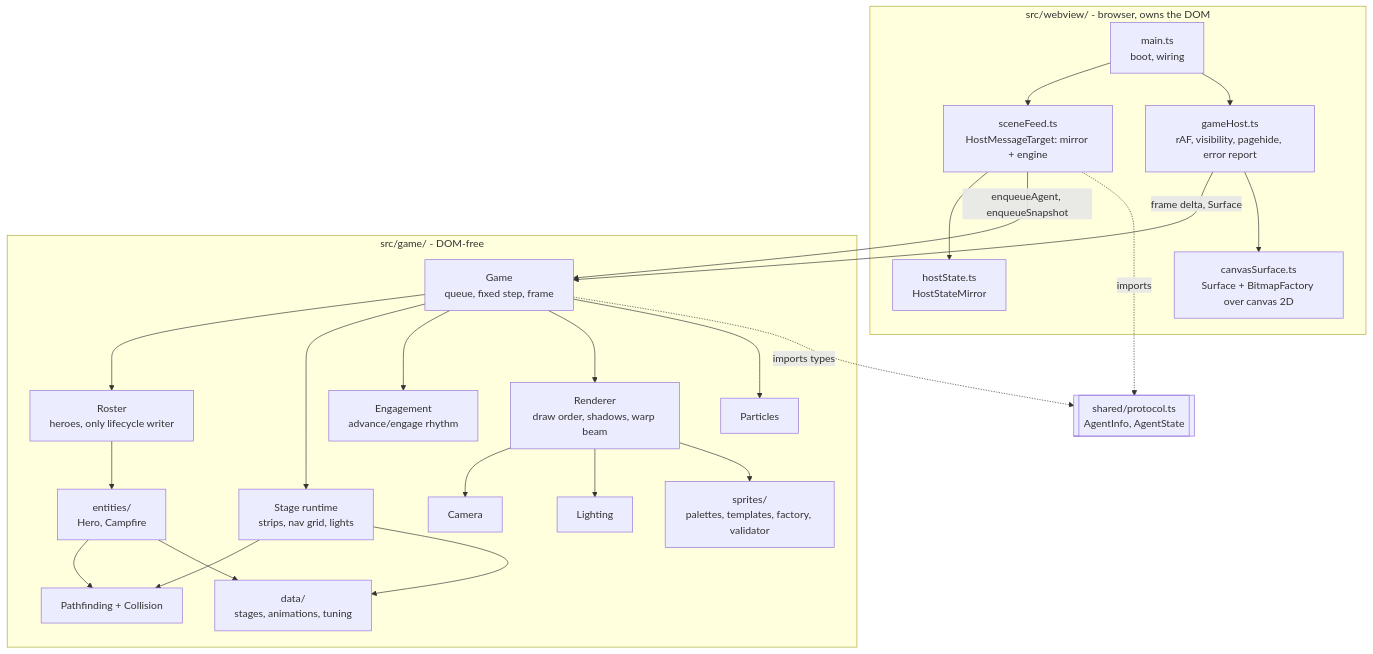
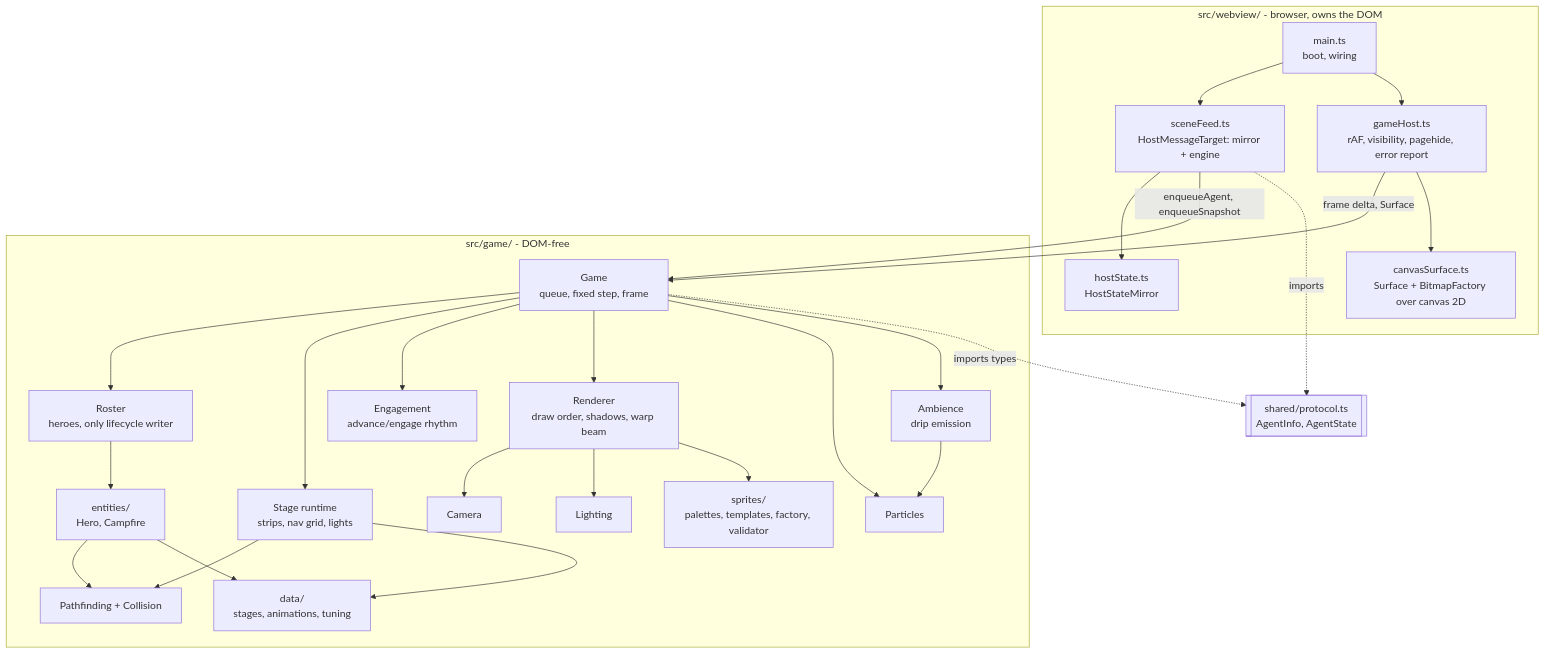
Before and after one commit to GrapeJuicer01/vscode-dungeon-crawlers: the first of 3 diagrams in docs/architecture/game-engine.md, drawn with Mermaid. The commit also changed other lines of this file and 3 other files, not shown here.

````diff
--- a/docs/architecture/game-engine.md
+++ b/docs/architecture/game-engine.md
@@ -19,45 +19,47 @@
 ```mermaid
 flowchart TB
   subgraph web[src/webview/ - browser, owns the DOM]
     main[main.ts<br/>boot, wiring]
     feed[sceneFeed.ts<br/>HostMessageTarget: mirror + engine]
     mirror[hostState.ts<br/>HostStateMirror]
     ghost[gameHost.ts<br/>rAF, visibility, pagehide, error report]
     csurf[canvasSurface.ts<br/>Surface + BitmapFactory over canvas 2D]
   end
   subgraph game[src/game/ - DOM-free]
     G[Game<br/>queue, fixed step, frame]
     R[Roster<br/>heroes, only lifecycle writer]
     E[entities/<br/>Hero, Campfire]
     ST[Stage runtime<br/>strips, nav grid, lights]
     ENG[Engagement<br/>advance/engage rhythm]
     REN[Renderer<br/>draw order, shadows, warp beam]
     CAM[Camera]
     LIT[Lighting]
     PAR[Particles]
+    AMB[Ambience<br/>drip emission]
     PF[Pathfinding + Collision]
     SPR[sprites/<br/>palettes, templates, factory, validator]
     DATA[data/<br/>stages, animations, tuning]
   end
   shared[[shared/protocol.ts<br/>AgentInfo, AgentState]]
   main --> feed
   main --> ghost
   feed --> mirror
   feed -- enqueueAgent, enqueueSnapshot --> G
   ghost -- frame delta, Surface --> G
   ghost --> csurf
   G --> R --> E
   G --> ST
   G --> ENG
   G --> REN
   REN --> CAM
   REN --> LIT
   G --> PAR
+  G --> AMB --> PAR
   E --> PF
   ST --> PF
   REN --> SPR
   ST --> DATA
   E --> DATA
   G -. imports types .-> shared
   feed -. imports .-> shared
 ```
````
